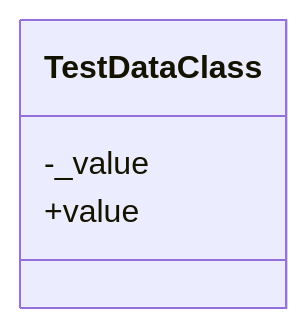
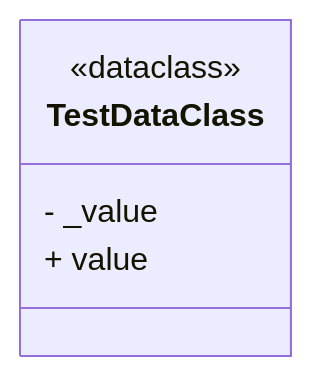
Before and after one commit to FabianGnatzig/MermaidGenerator: the second of 2 diagrams in UML-Diagram.md, drawn with Mermaid. The commit also changed other lines of this file and 3 other files, not shown here.

````diff
--- a/UML-Diagram.md
+++ b/UML-Diagram.md
@@ -17,6 +18,8 @@
 ```mermaid
 classDiagram
-    class TestDataClass
-    TestDataClass : -_value
-    TestDataClass : +value
+    class TestDataClass {
+<<dataclass>>
+- _value
++ value
+}
 ```
````
